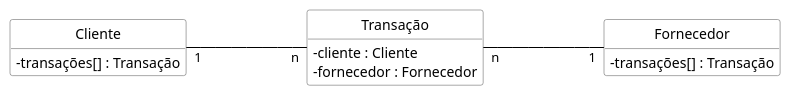
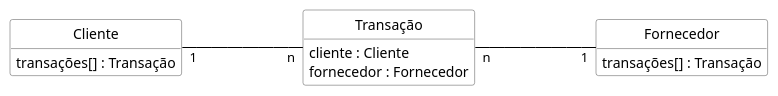
One commit to kyriosdata/oo changed the diagram in imagens/modelos-02/mod02ima10/mod02ima10.plantuml. Above: the diagram before and after it, drawn with PlantUML. The commit also changed 3 other files, not shown here.

```diff
--- a/imagens/modelos-02/mod02ima10/mod02ima10.plantuml
+++ b/imagens/modelos-02/mod02ima10/mod02ima10.plantuml
@@ -1,22 +1,22 @@
 @startuml mod02ima10
 hide circle
 hide methods
 hide empty members
 
 skinparam class {
     BackgroundColor White
     ArrowColor Black
     BorderColor #505050
 }
 skinparam classAttributeIconSize 0 
 class "Cliente" as cl
 class "Transação" as tr
 class "Fornecedor" as fo
-cl : - transações[] : Transação
-tr : - cliente : Cliente
-tr : - fornecedor : Fornecedor
-fo : - transações[] : Transação
+cl :  transações[] : Transação
+tr :  cliente : Cliente
+tr :  fornecedor : Fornecedor
+fo :  transações[] : Transação
 left to right direction
 cl"1" --- "n"tr
 tr"n" --- "1"fo
 @enduml
```
